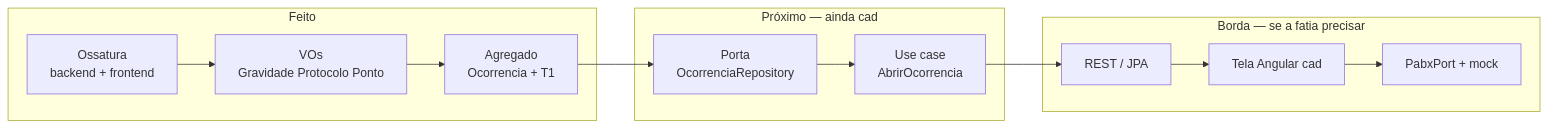
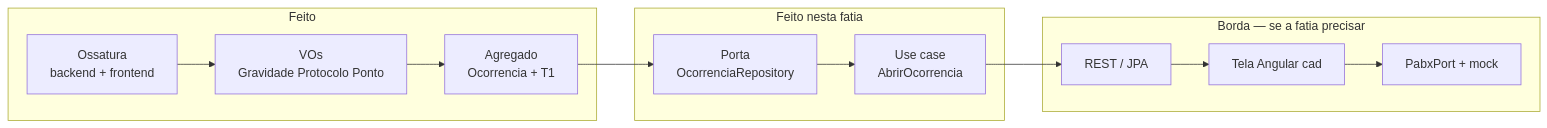
Before and after one commit to fmmcbaficdev/cicc: the first of 3 diagrams in docs/fluxo-componentes.md, drawn with Mermaid. The commit also changed other lines of this file and 6 other files, not shown here.

````diff
--- a/docs/fluxo-componentes.md
+++ b/docs/fluxo-componentes.md
@@ -9,18 +9,18 @@
 ```mermaid
 flowchart LR
   subgraph feito [Feito]
     A[Ossatura<br/>backend + frontend]
     B[VOs<br/>Gravidade Protocolo Ponto]
     C[Agregado<br/>Ocorrencia + T1]
   end
-  subgraph agora [Próximo — ainda cad]
+  subgraph agora [Feito nesta fatia]
     D[Porta<br/>OcorrenciaRepository]
     E[Use case<br/>AbrirOcorrencia]
   end
   subgraph depois [Borda — se a fatia precisar]
     F[REST / JPA]
     G[Tela Angular cad]
     H[PabxPort + mock]
   end
   A --> B --> C --> D --> E --> F --> G --> H
 ```
````
